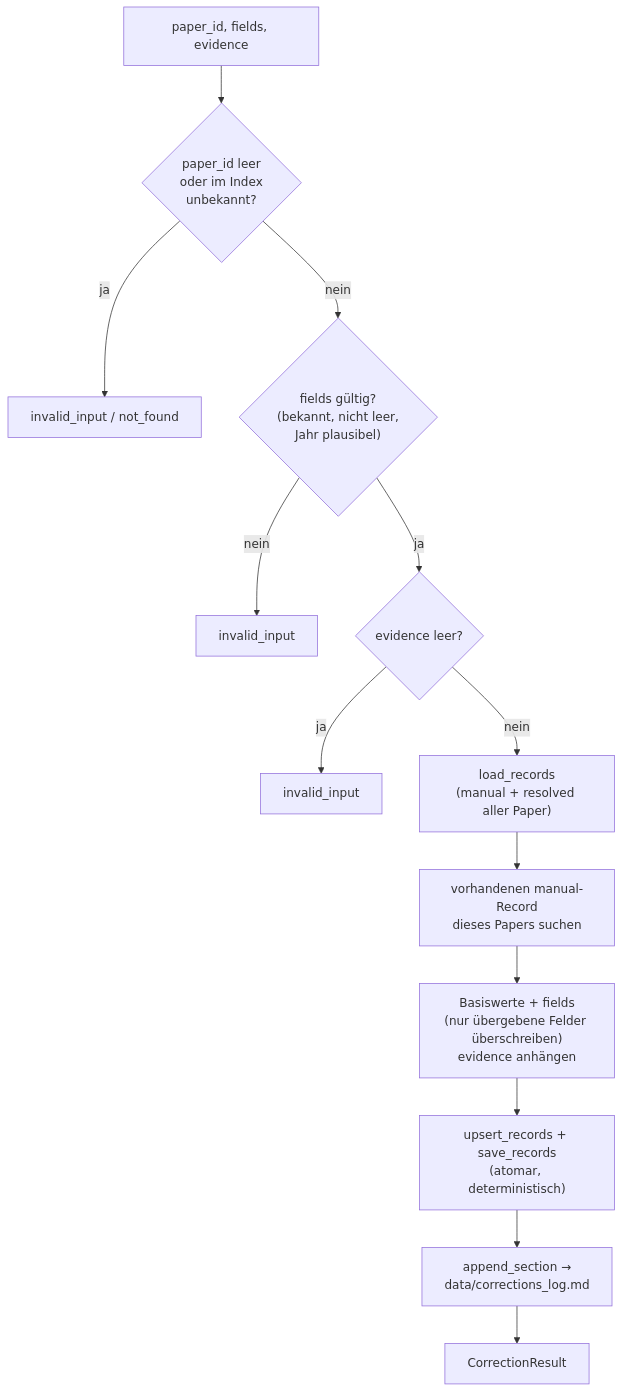
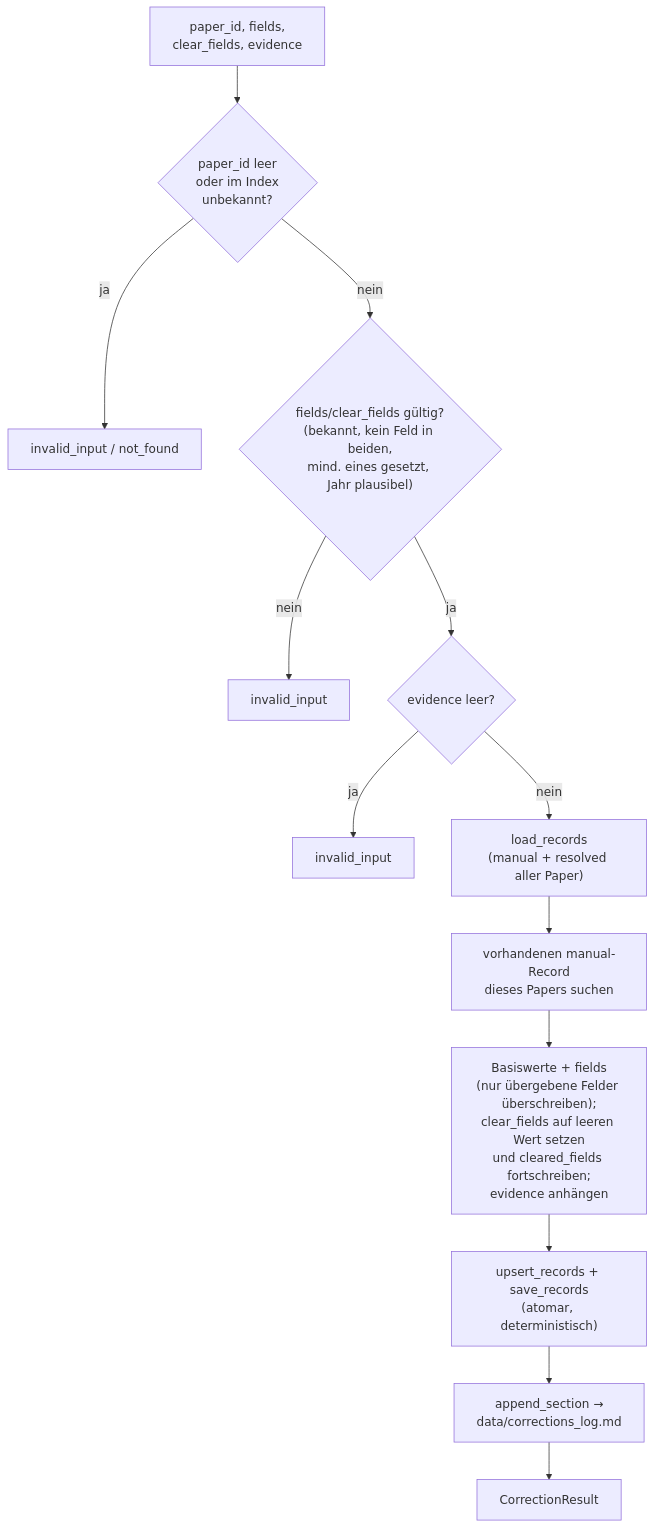
One commit to MomoEngineer/research-graphrag changed the first of 2 diagrams in src/research_graphrag/bibliography/doc/corrections.md. Above: the diagram before and after it, drawn with Mermaid. The commit also changed other lines of this file and 19 other files, not shown here.

````diff
--- a/src/research_graphrag/bibliography/doc/corrections.md
+++ b/src/research_graphrag/bibliography/doc/corrections.md
@@ -30,15 +31,15 @@
 ```mermaid
 flowchart TD
-    A["paper_id, fields, evidence"] --> V1{"paper_id leer<br/>oder im Index<br/>unbekannt?"}
+    A["paper_id, fields,<br/>clear_fields, evidence"] --> V1{"paper_id leer<br/>oder im Index<br/>unbekannt?"}
     V1 -- ja --> E1["invalid_input / not_found"]
-    V1 -- nein --> V2{"fields gültig?<br/>(bekannt, nicht leer,<br/>Jahr plausibel)"}
+    V1 -- nein --> V2{"fields/clear_fields gültig?<br/>(bekannt, kein Feld in beiden,<br/>mind. eines gesetzt, Jahr plausibel)"}
     V2 -- nein --> E2["invalid_input"]
     V2 -- ja --> V3{"evidence leer?"}
     V3 -- ja --> E3["invalid_input"]
     V3 -- nein --> L["load_records<br/>(manual + resolved aller Paper)"]
     L --> M["vorhandenen manual-Record<br/>dieses Papers suchen"]
-    M --> MERGE["Basiswerte + fields<br/>(nur übergebene Felder überschreiben)<br/>evidence anhängen"]
+    M --> MERGE["Basiswerte + fields<br/>(nur übergebene Felder überschreiben);<br/>clear_fields auf leeren Wert setzen<br/>und cleared_fields fortschreiben;<br/>evidence anhängen"]
     MERGE --> S["upsert_records + save_records<br/>(atomar, deterministisch)"]
     S --> LOG["append_section →<br/>data/corrections_log.md"]
     LOG --> R["CorrectionResult"]
 ```
````
